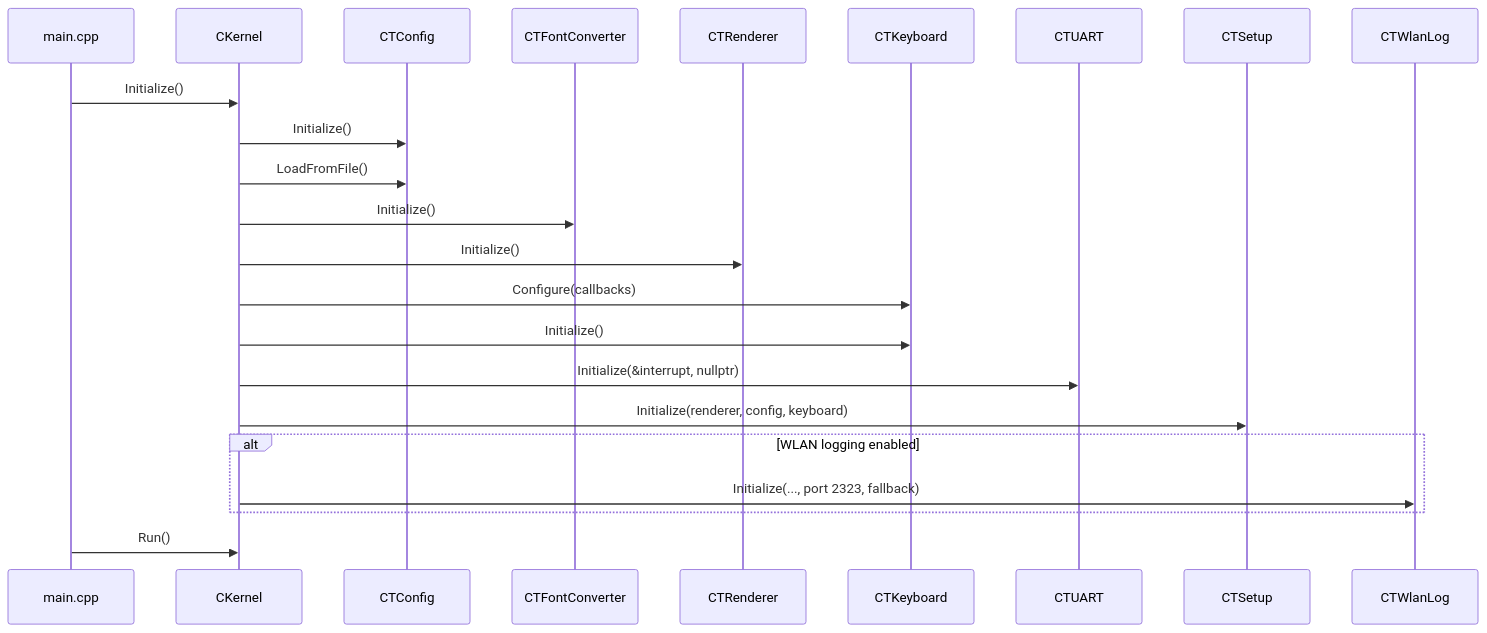
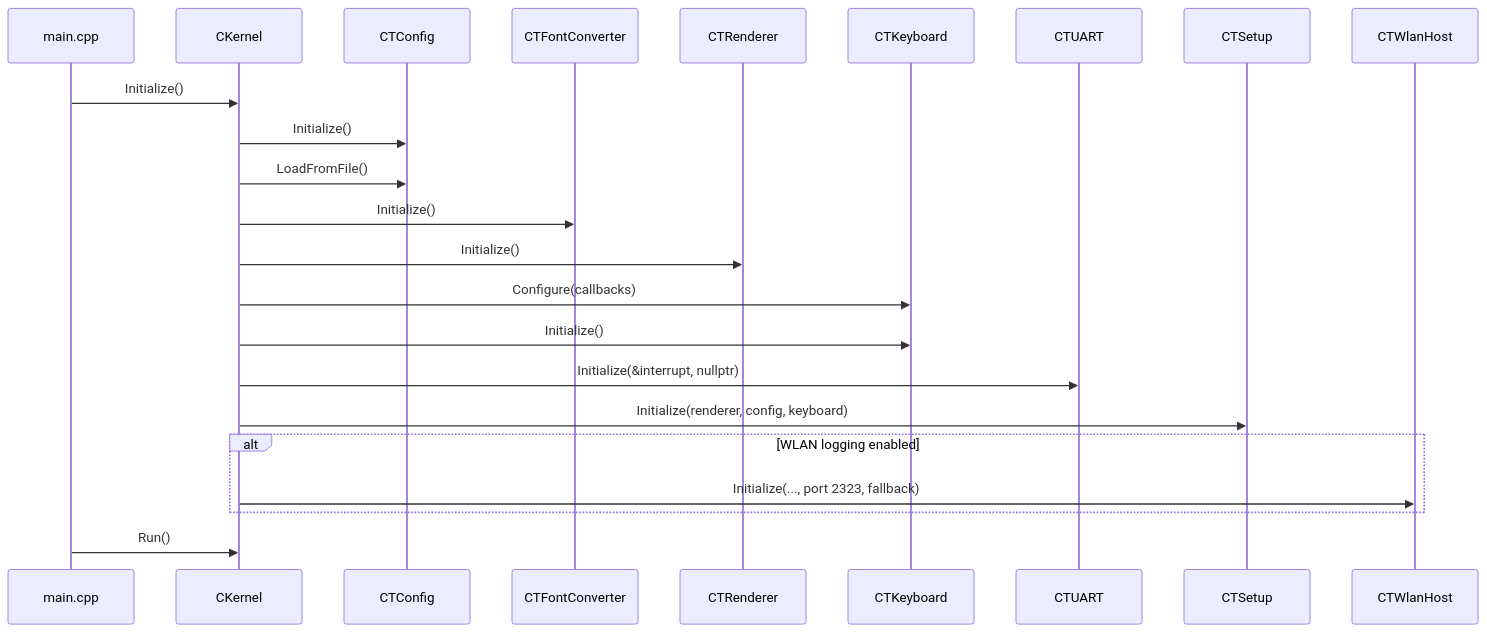
The second of 3 diagrams in VT100/docs/VT100_Architecture.md (rzuehlsd/PiZero_VT100), drawn with Mermaid before and after one commit. The commit also changed other lines of this file and 2 other files, not shown here.

First line of the commit message:
VT100: document shadow-buffer-first renderer architecture

````diff
--- a/VT100/docs/VT100_Architecture.md
+++ b/VT100/docs/VT100_Architecture.md
@@ -114,26 +114,26 @@
 ```mermaid
 sequenceDiagram
   participant Main as main.cpp
   participant Kernel as CKernel
   participant Config as CTConfig
   participant Font as CTFontConverter
   participant Renderer as CTRenderer
   participant Keyboard as CTKeyboard
   participant UART as CTUART
   participant Setup as CTSetup
-  participant Wlan as CTWlanLog
+  participant Wlan as CTWlanHost
 
   Main->>Kernel: Initialize()
   Kernel->>Config: Initialize()
   Kernel->>Config: LoadFromFile()
   Kernel->>Font: Initialize()
   Kernel->>Renderer: Initialize()
   Kernel->>Keyboard: Configure(callbacks)
   Kernel->>Keyboard: Initialize()
   Kernel->>UART: Initialize(&interrupt, nullptr)
   Kernel->>Setup: Initialize(renderer, config, keyboard)
   alt WLAN logging enabled
     Kernel->>Wlan: Initialize(..., port 2323, fallback)
   end
   Main->>Kernel: Run()
 ```
````
